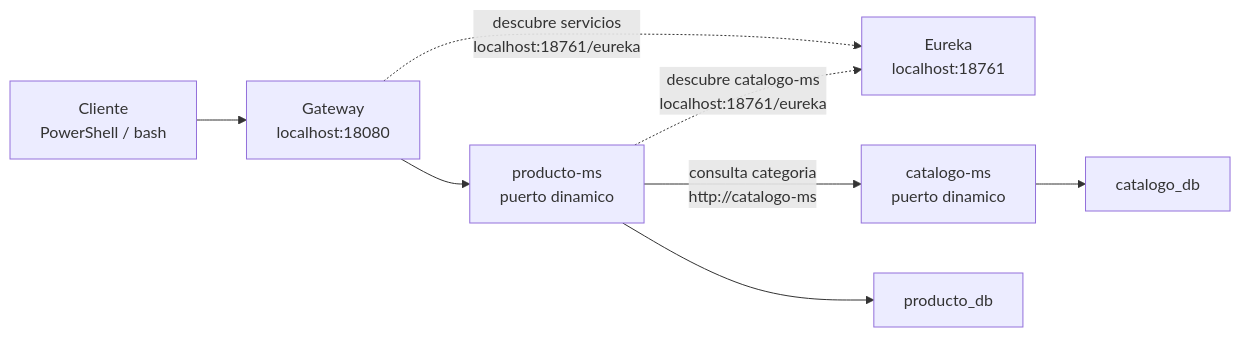
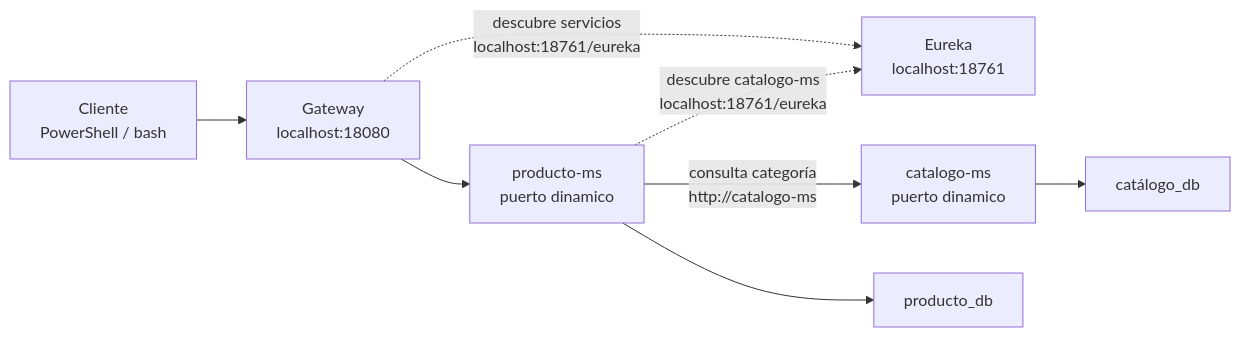
The first of 2 diagrams in docs/sesiones/s06-feign-circuit-breaker.md (261dist/ecom), drawn with Mermaid before and after one commit. The commit also changed other lines of this file and 21 other files, not shown here.

````diff
--- a/docs/sesiones/s06-feign-circuit-breaker.md
+++ b/docs/sesiones/s06-feign-circuit-breaker.md
@@ -45,18 +45,18 @@
 ```mermaid
 flowchart LR
     Cliente["Cliente<br/>PowerShell / bash"]
     Gateway["Gateway<br/>localhost:18080"]
     Eureka["Eureka<br/>localhost:18761"]
     Producto["producto-ms<br/>puerto dinamico"]
     Catalogo["catalogo-ms<br/>puerto dinamico"]
     ProductoDB["producto_db"]
-    CatalogoDB["catalogo_db"]
+    CatalogoDB["catálogo_db"]
 
     Cliente --> Gateway
     Gateway --> Producto
     Gateway -. "descubre servicios<br/>localhost:18761/eureka" .-> Eureka
     Producto -. "descubre catalogo-ms<br/>localhost:18761/eureka" .-> Eureka
-    Producto -->|"consulta categoria<br/>http://catalogo-ms"| Catalogo
+    Producto -->|"consulta categoría<br/>http://catalogo-ms"| Catalogo
     Producto --> ProductoDB
     Catalogo --> CatalogoDB
 ```
````
